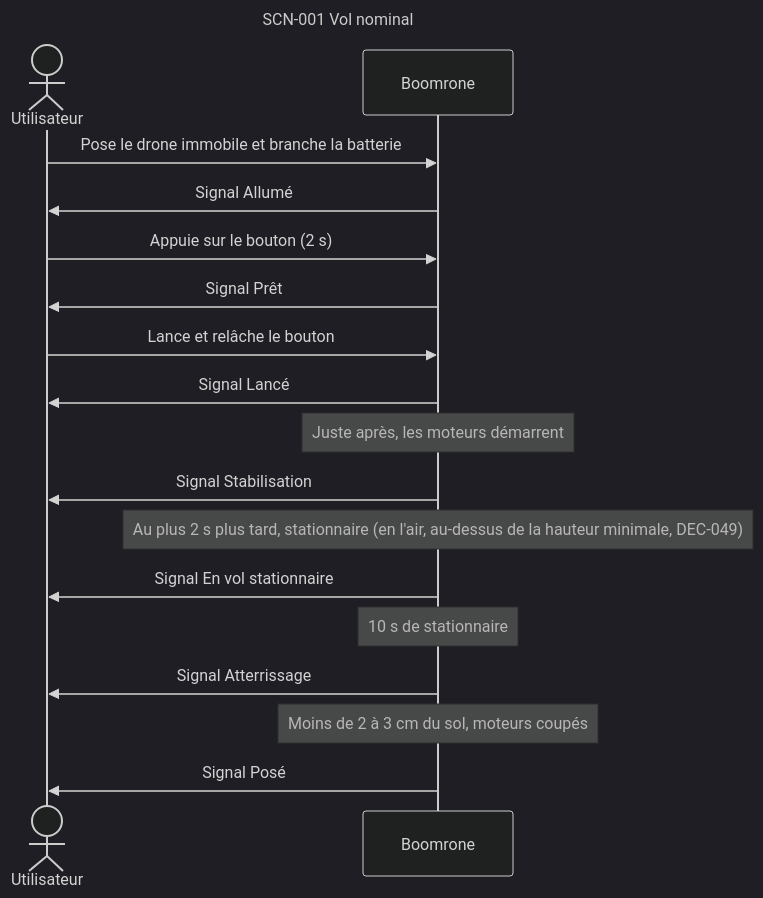
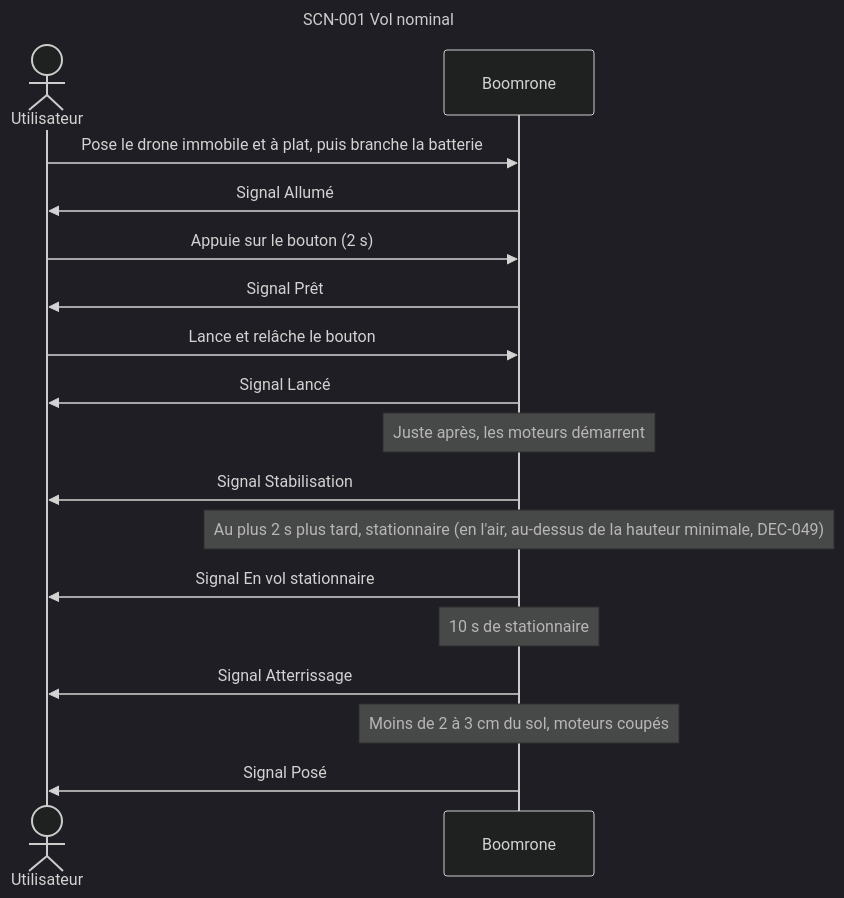
Before and after one commit to thourymatthieu-png/coworker_archi_system: the third of 13 diagrams in projets/boomrone/00-scenarios.md, drawn with Mermaid (dark theme). The commit also changed other lines of this file and 5 other files, not shown here.

Commit message:
Boomrone : titres DEC/DOU corrigés, relectures des diagrammes, note de reprise ; règle de contradiction dans la charte

````diff
--- a/projets/boomrone/00-scenarios.md
+++ b/projets/boomrone/00-scenarios.md
@@ -146,22 +159,22 @@
 ```mermaid
 ---
 title: "SCN-001 Vol nominal"
 ---
 sequenceDiagram
     actor U as Utilisateur
     participant D as Boomrone
-    U->>D: Pose le drone immobile et branche la batterie
+    U->>D: Pose le drone immobile et à plat, puis branche la batterie
     D->>U: Signal Allumé
     U->>D: Appuie sur le bouton (2 s)
     D->>U: Signal Prêt
     U->>D: Lance et relâche le bouton
     D->>U: Signal Lancé
     Note over D: Juste après, les moteurs démarrent
     D->>U: Signal Stabilisation
     Note over D: Au plus 2 s plus tard, stationnaire (en l'air, au-dessus de la hauteur minimale, DEC-049)
     D->>U: Signal En vol stationnaire
     Note over D: 10 s de stationnaire
     D->>U: Signal Atterrissage
     Note over D: Moins de 2 à 3 cm du sol, moteurs coupés
     D->>U: Signal Posé
 ```
````
